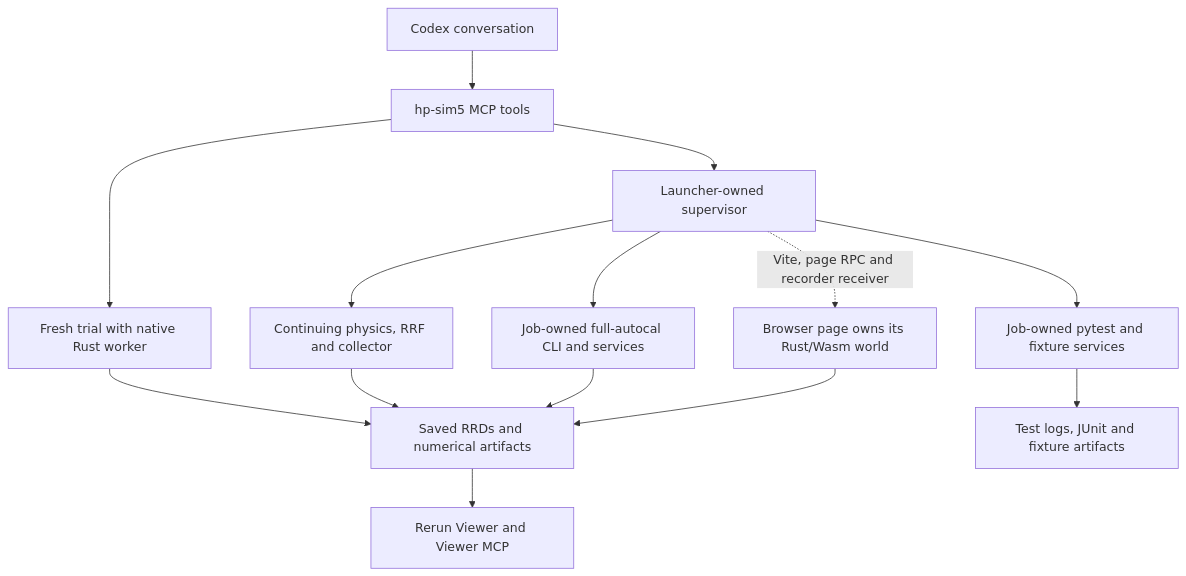
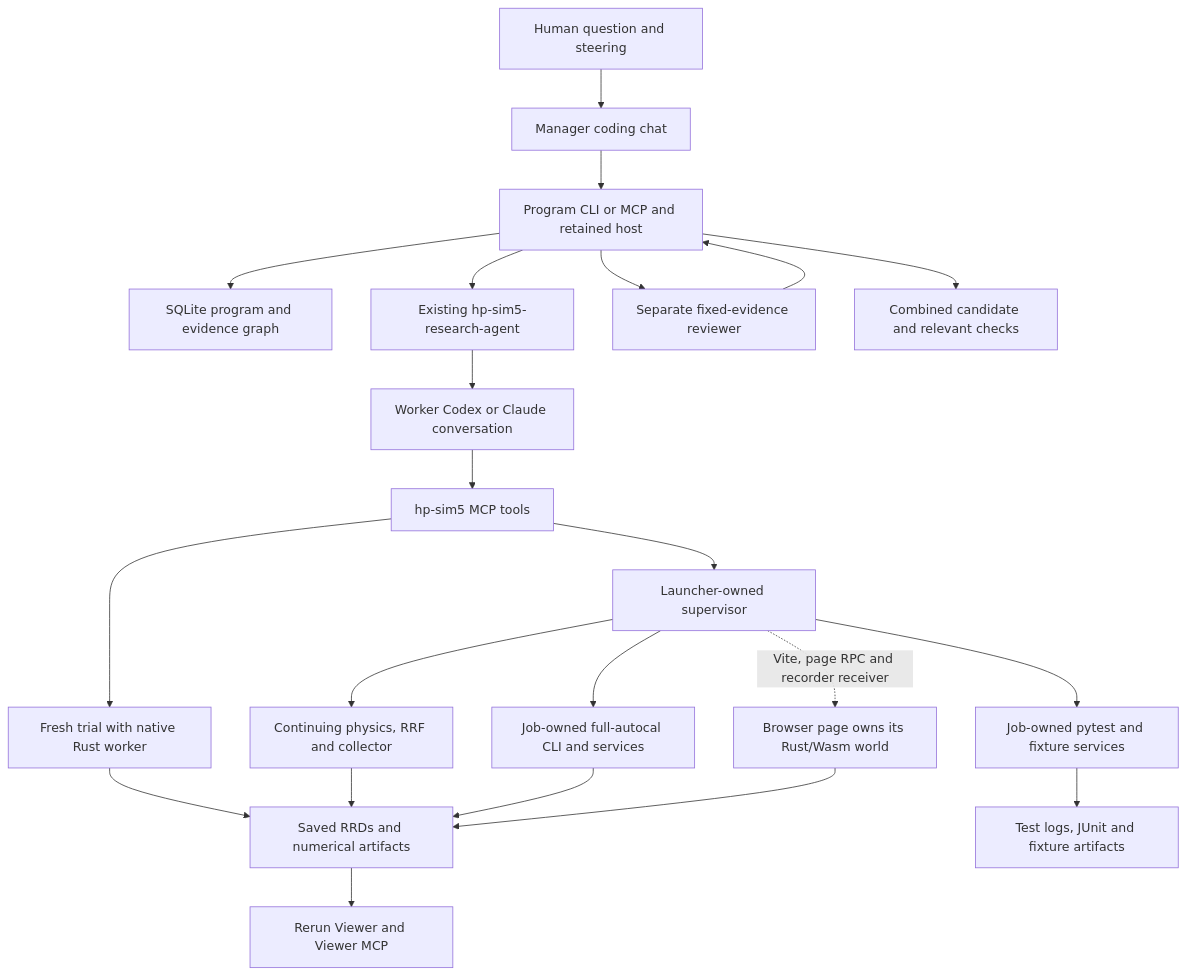
Before and after one commit to tobbelobb/hp-sim5: the diagram in research/architecture.md, drawn with Mermaid. The commit also changed other lines of this file and 44 other files, not shown here.

````diff
--- a/research/architecture.md
+++ b/research/architecture.md
@@ -24,16 +33,24 @@
 ```mermaid
 flowchart TD
-    chat[Codex conversation] --> tools[hp-sim5 MCP tools]
+    human[Human question and steering] --> manager[Manager coding chat]
+    manager --> controller[Program CLI or MCP and retained host]
+    controller --> memory[SQLite program and evidence graph]
+    controller --> launcher[Existing hp-sim5-research-agent]
+    launcher --> chat[Worker Codex or Claude conversation]
+    controller --> review[Separate fixed-evidence reviewer]
+    review --> controller
+    controller --> integration[Combined candidate and relevant checks]
+    chat --> tools[hp-sim5 MCP tools]
     tools --> fresh[Fresh trial with native Rust worker]
     tools --> supervisor[Launcher-owned supervisor]
     supervisor --> continuing[Continuing physics, RRF and collector]
     supervisor --> autocal[Job-owned full-autocal CLI and services]
     supervisor --> tests[Job-owned pytest and fixture services]
     supervisor -. Vite, page RPC and recorder receiver .-> browser[Browser page owns its Rust/Wasm world]
     fresh --> rrd[Saved RRDs and numerical artifacts]
     continuing --> rrd
     autocal --> rrd
     browser --> rrd
     tests --> logs[Test logs, JUnit and fixture artifacts]
     rrd --> viewer[Rerun Viewer and Viewer MCP]
 ```
````
